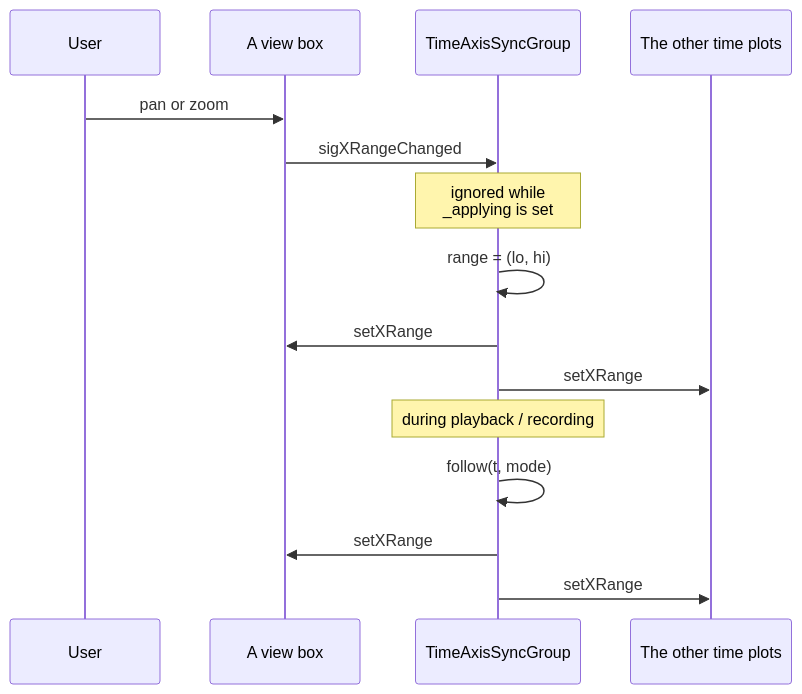
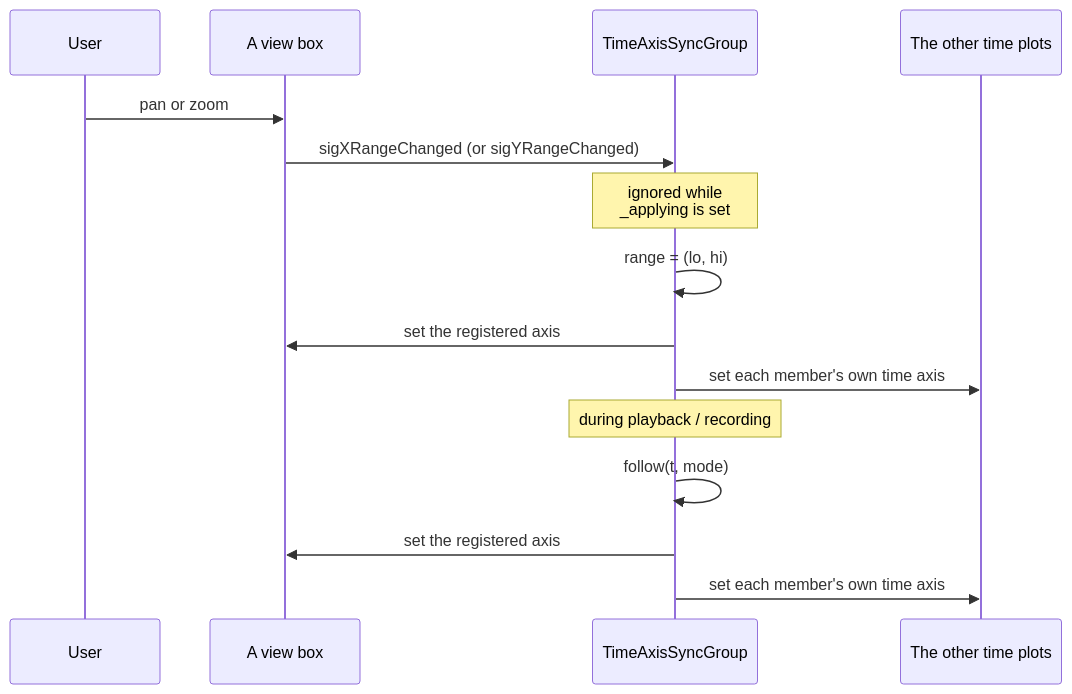
Before and after one commit to fabstr/voicevis: the fourth of 7 diagrams in src/ui/plot/README.md, drawn with Mermaid. The commit also changed other lines of this file and 19 other files, not shown here.

Commit message:
can have time on the y axis

````diff
--- a/src/ui/plot/README.md
+++ b/src/ui/plot/README.md
@@ -189,19 +211,19 @@
 ```mermaid
 sequenceDiagram
     participant U as User
     participant VB as A view box
     participant G as TimeAxisSyncGroup
     participant O as The other time plots
 
     U->>VB: pan or zoom
-    VB->>G: sigXRangeChanged
+    VB->>G: sigXRangeChanged (or sigYRangeChanged)
     Note over G: ignored while<br/>_applying is set
     G->>G: range = (lo, hi)
-    G->>VB: setXRange
-    G->>O: setXRange
+    G->>VB: set the registered axis
+    G->>O: set each member's own time axis
 
     Note over G: during playback / recording
     G->>G: follow(t, mode)
-    G->>VB: setXRange
-    G->>O: setXRange
+    G->>VB: set the registered axis
+    G->>O: set each member's own time axis
 ```
````
